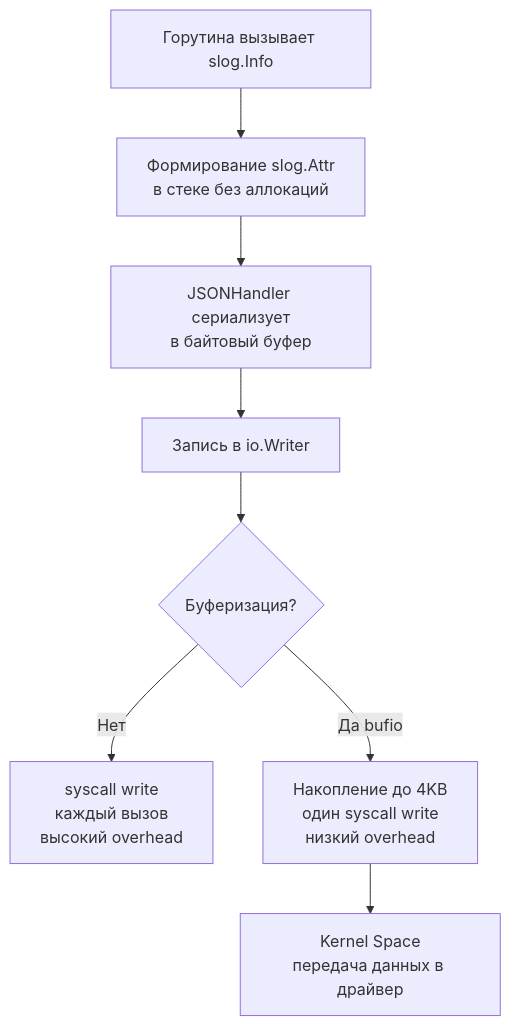
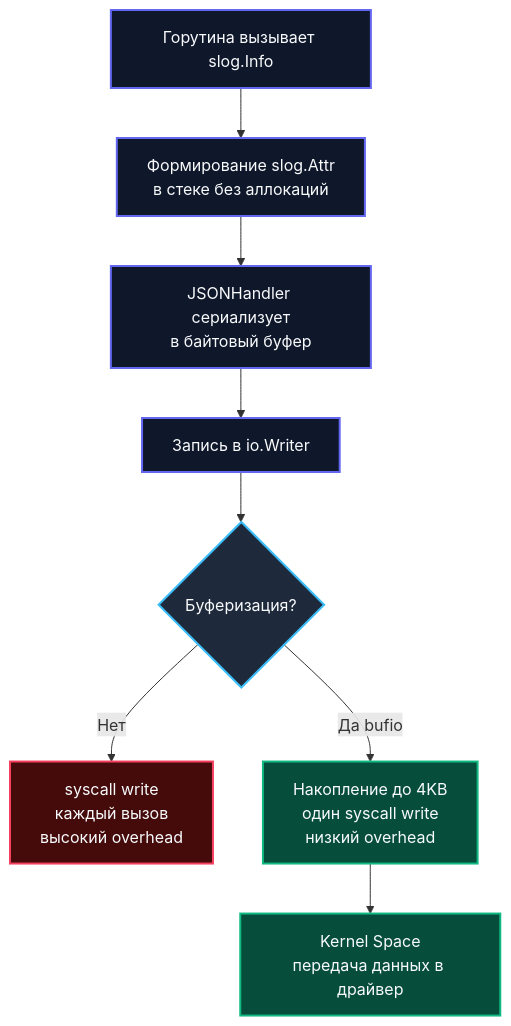
Before and after one commit to UnrealTemplier/go-textbook: the diagram in sources/9. Бэкенд на Go (Практика разработки)/14. Логирование. structured logging.md, drawn with Mermaid. The commit also changed other lines of this file, not shown here.

````diff
--- a/sources/9. Бэкенд на Go (Практика разработки)/14. Логирование. structured logging.md
+++ b/sources/9. Бэкенд на Go (Практика разработки)/14. Логирование. structured logging.md
@@ -62,10 +7,19 @@
 ```mermaid
 flowchart TD
     A["Горутина вызывает slog.Info"] --> B["Формирование slog.Attr<br>в стеке без аллокаций"]
     B --> C["JSONHandler сериализует<br>в байтовый буфер"]
     C --> D["Запись в io.Writer"]
     D --> E{"Буферизация?"}
     E -->|Нет| F["syscall write<br>каждый вызов<br>высокий overhead"]
     E -->|Да bufio| G["Накопление до 4KB<br>один syscall write<br>низкий overhead"]
     G --> H["Kernel Space<br>передача данных в драйвер"]
+
+    classDef src fill:#0f172a,stroke:#6366f1,stroke-width:2px,color:#f8fafc;
+    classDef opt fill:#1e293b,stroke:#38bdf8,stroke-width:2px,color:#f8fafc;
+    classDef warn fill:#450a0a,stroke:#f43f5e,stroke-width:2px,color:#f8fafc;
+    classDef succ fill:#064e3b,stroke:#10b981,stroke-width:2px,color:#f8fafc;
+    class A,B,C,D src;
+    class E opt;
+    class F warn;
+    class G,H succ;
 ```
````
